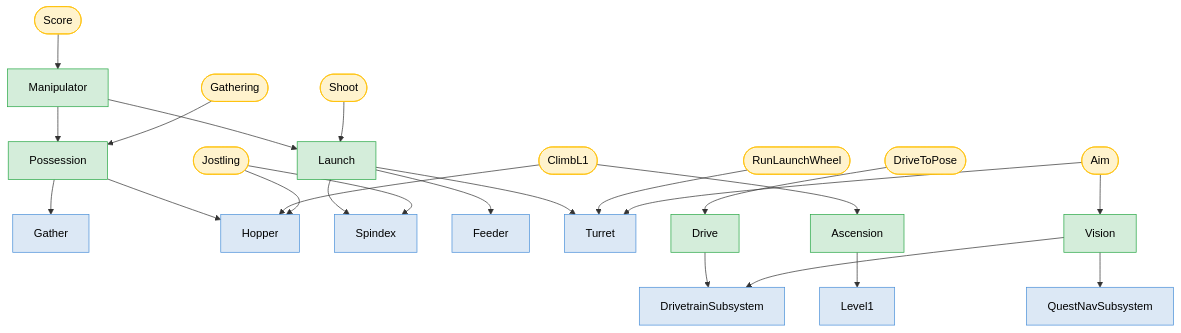
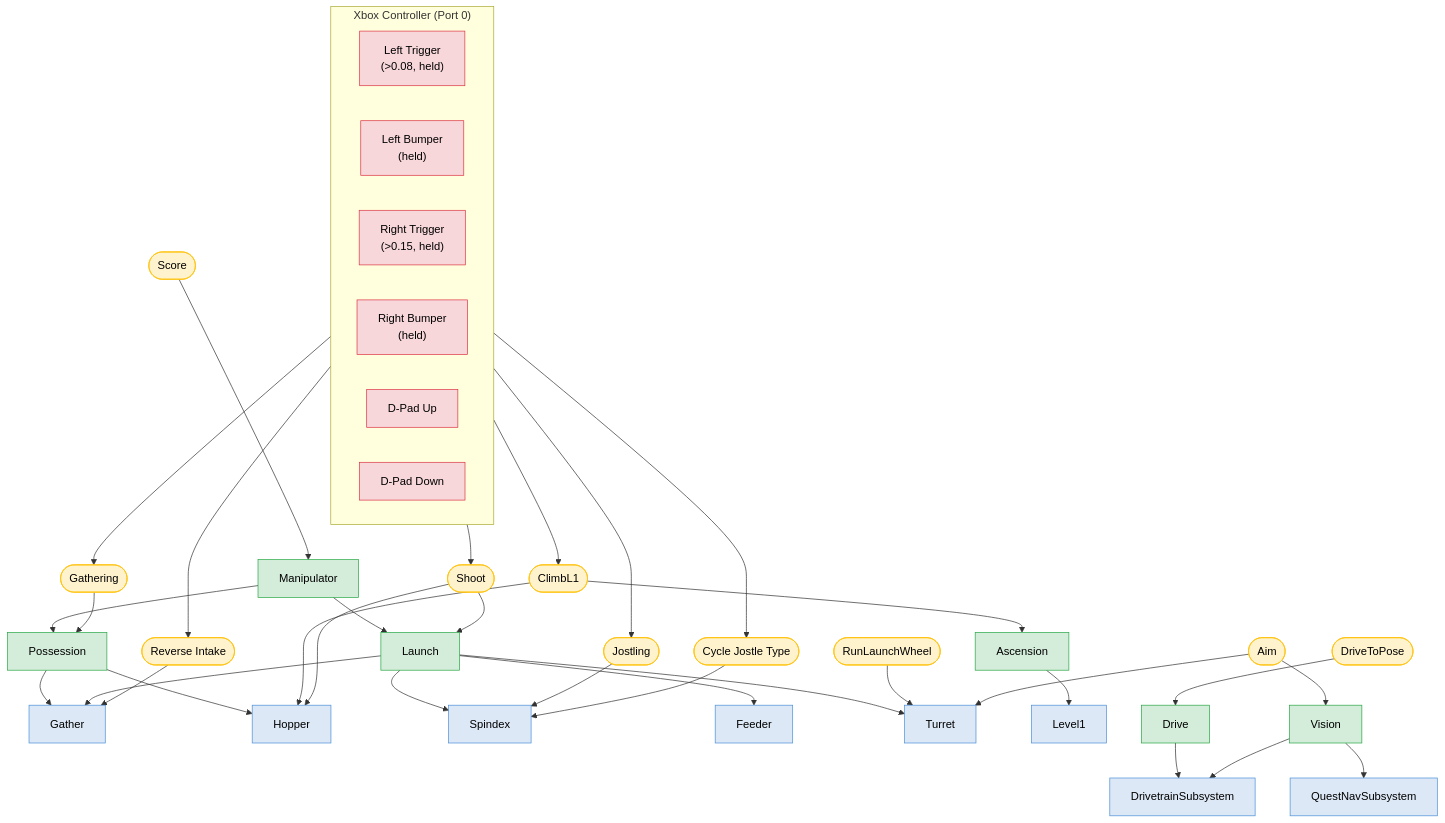
Before and after one commit to Team801Horsepower/robot-code-2026: the diagram in hierarchy.mmd, drawn with Mermaid.

Commit message:
docs: update hierarchy diagram with controller bindings and Launch→Gather dependency

```diff
--- a/hierarchy.mmd
+++ b/hierarchy.mmd
@@ -1,65 +1,90 @@
 %%{init: {"theme": "default"}}%%
 graph TD
+
+  subgraph Ctrl ["Xbox Controller (Port 0)"]
+    direction LR
+    LT["Left Trigger\n(>0.08, held)"]
+    LB["Left Bumper\n(held)"]
+    RT["Right Trigger\n(>0.15, held)"]
+    RB["Right Bumper\n(held)"]
+    DPU["D-Pad Up"]
+    DPD["D-Pad Down"]
+  end
 
   %% ── Leaf Subsystems ───────────────────────────────────────────
   DT[DrivetrainSubsystem]
   QN[QuestNavSubsystem]
   Gather[Gather]
   Hopper[Hopper]
   Spindex[Spindex]
   Feeder[Feeder]
   Turret[Turret]
   Level1[Level1]
 
   %% ── Composite Subsystems ──────────────────────────────────────
   Drive[Drive]
   Possession[Possession]
   Launch[Launch]
   Ascension[Ascension]
   Manipulator[Manipulator]
   Vision[Vision]
 
   %% ── Commands ──────────────────────────────────────────────────
   DriveToPose([DriveToPose])
   RunLaunchWheel([RunLaunchWheel])
   ClimbL1Cmd([ClimbL1])
   Gathering([Gathering])
   Shoot([Shoot])
   Jostling([Jostling])
   AimCmd([Aim])
   Score([Score])
+  ReverseIntake([Reverse Intake])
+  CycleJostle([Cycle Jostle Type])
+
+  %% ── Button → Command ──────────────────────────────────────────
+  LT --> Gathering
+  LB --> ReverseIntake
+  RT --> Shoot
+  RB --> Jostling
+  DPU --> ClimbL1Cmd
+  DPD --> CycleJostle
 
   %% ── Composite → Leaf composition ─────────────────────────────
   Drive --> DT
   Vision --> QN
   Vision --> DT
   Possession --> Hopper
   Possession --> Gather
   Launch --> Spindex
   Launch --> Feeder
   Launch --> Turret
+  Launch --> Gather
   Ascension --> Level1
   Manipulator --> Possession
   Manipulator --> Launch
 
   %% ── Commands → Subsystem requirements ────────────────────────
   DriveToPose --> Drive
   RunLaunchWheel --> Turret
   ClimbL1Cmd --> Hopper
   ClimbL1Cmd --> Ascension
   Gathering --> Possession
   Shoot --> Launch
-  Jostling --> Hopper
+  Shoot --> Hopper
   Jostling --> Spindex
   AimCmd --> Vision
   AimCmd --> Turret
   Score --> Manipulator
+  ReverseIntake --> Gather
+  CycleJostle --> Spindex
 
   %% ── Styling ───────────────────────────────────────────────────
   classDef leaf      fill:#dce8f5,stroke:#4a90d9,color:#000;
   classDef composite fill:#d4edda,stroke:#28a745,color:#000;
   classDef command   fill:#fff3cd,stroke:#ffc107,color:#000;
+  classDef button    fill:#f8d7da,stroke:#dc3545,color:#000;
 
   class DT,QN,Gather,Hopper,Spindex,Feeder,Turret,Level1 leaf;
   class Drive,Possession,Launch,Ascension,Manipulator,Vision composite;
-  class DriveToPose,RunLaunchWheel,ClimbL1Cmd,Gathering,Shoot,Jostling,AimCmd,Score command;
+  class DriveToPose,RunLaunchWheel,ClimbL1Cmd,Gathering,Shoot,Jostling,AimCmd,Score,ReverseIntake,CycleJostle command;
+  class LT,LB,RT,RB,DPU,DPD button;
```
